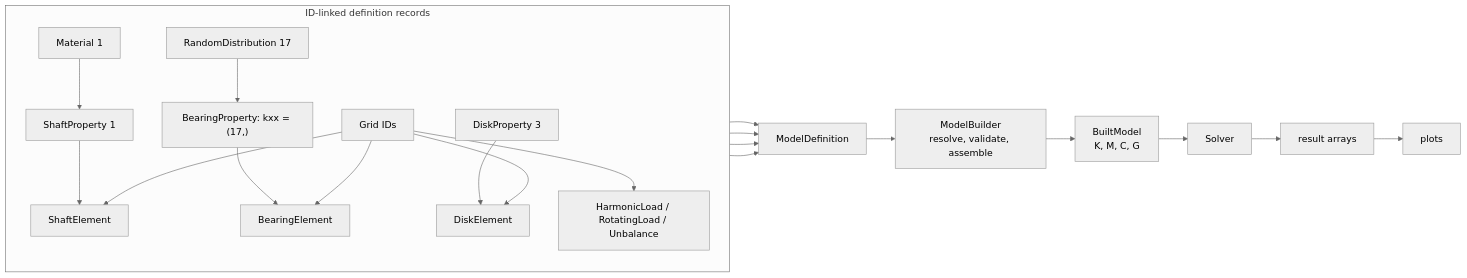
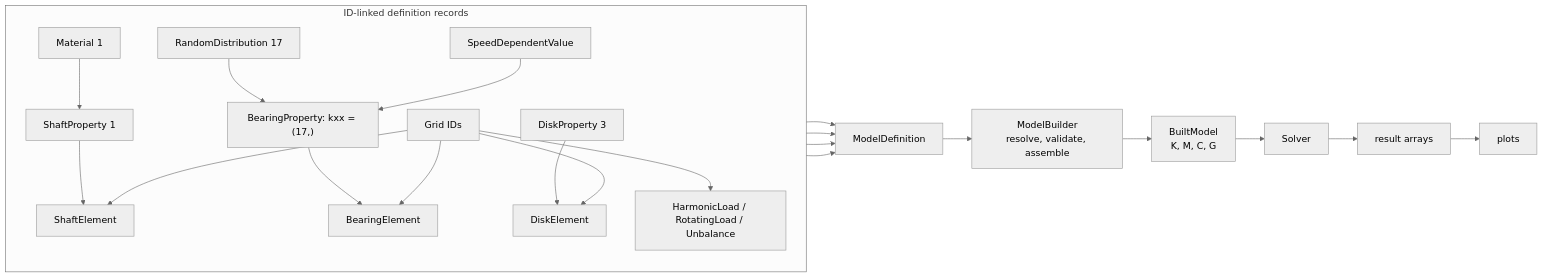
Before and after one commit to davidepisu9723/spinniped: the diagram in doc/user-manual/02_model_definition.md, drawn with Mermaid (neutral theme). The commit also changed other lines of this file and 30 other files, not shown here.

Commit message:
Implemented speed dependent values for bearings parameters and loads

````diff
--- a/doc/user-manual/02_model_definition.md
+++ b/doc/user-manual/02_model_definition.md
@@ -33,25 +35,26 @@
 ```mermaid
 flowchart LR
     subgraph records["ID-linked definition records"]
         direction TB
         material["Material 1"] --> shaft_property["ShaftProperty 1"]
         shaft_property --> shaft_element["ShaftElement"]
         distribution["RandomDistribution 17"] --> bearing_property["BearingProperty: kxx = (17,)"]
+        speed_table["SpeedDependentValue"] --> bearing_property
         bearing_property --> bearing_element["BearingElement"]
         disk_property["DiskProperty 3"] --> disk_element["DiskElement"]
         grids["Grid IDs"] --> shaft_element
         grids --> bearing_element
         grids --> disk_element
         grids --> loads["HarmonicLoad / RotatingLoad / Unbalance"]
     end
 
     shaft_element --> definition["ModelDefinition"]
     bearing_element --> definition
     disk_element --> definition
     loads --> definition
     definition --> builder["ModelBuilder<br/>resolve, validate, assemble"]
     builder --> built["BuiltModel<br/>K, M, C, G"]
     built --> solver["Solver"]
     solver --> result["result arrays"]
     result --> plots["plots"]
 ```
````
